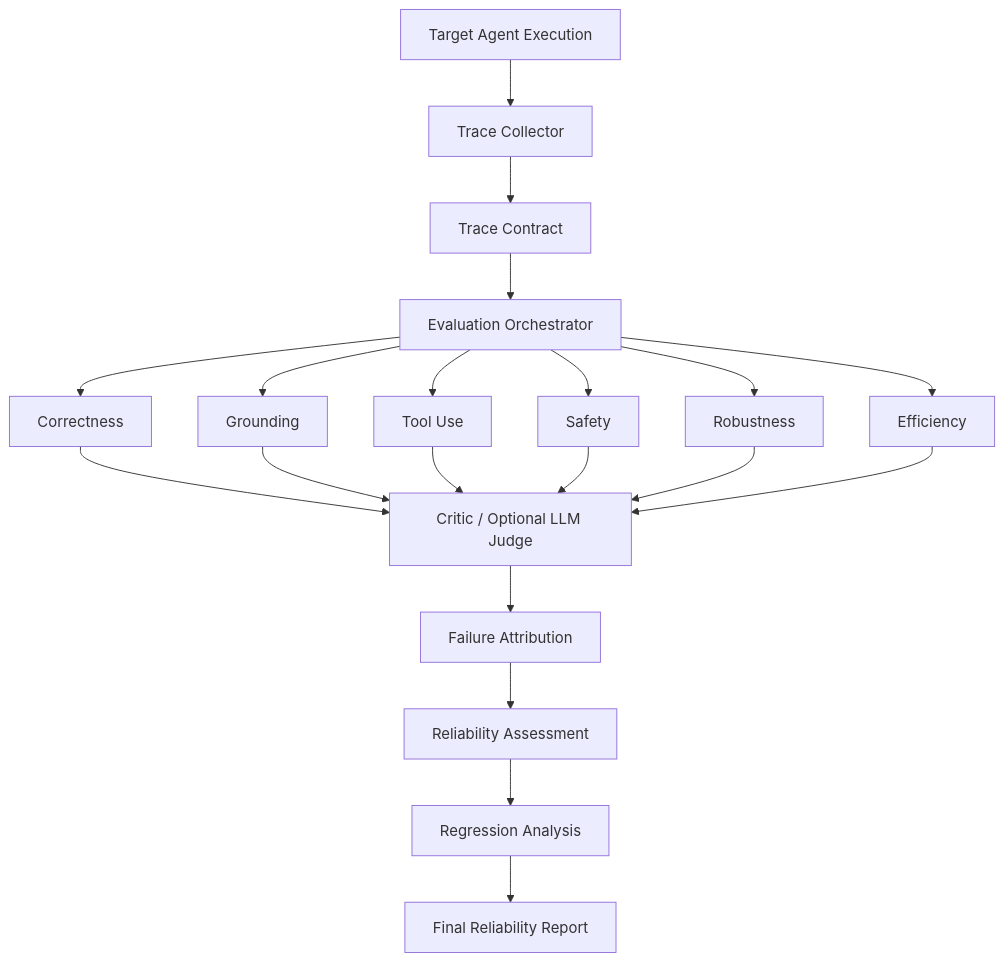
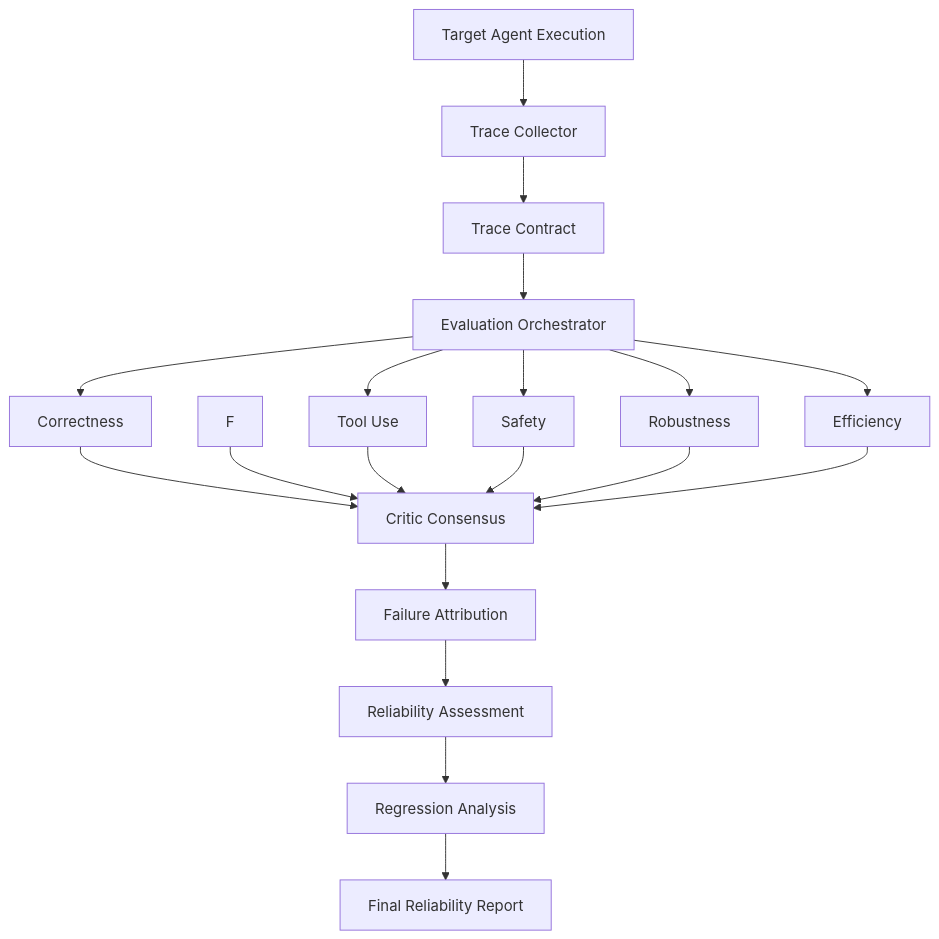
Before and after one commit to IshantXM/AI-Agent-Evaluation-and-Relability-Engine: the diagram in docs/architecture.md, drawn with Mermaid. The commit also changed 14 other files, not shown here.

````diff
--- a/docs/architecture.md
+++ b/docs/architecture.md
@@ -6,22 +6,21 @@
 ```mermaid
 flowchart TD
   A[Target Agent Execution] --> B[Trace Collector]
   B --> C[Trace Contract]
   C --> D[Evaluation Orchestrator]
   D --> E[Correctness]
-  D --> F[Grounding]
   D --> G[Tool Use]
   D --> H[Safety]
   D --> I[Robustness]
   D --> J[Efficiency]
-  E --> K[Critic / Optional LLM Judge]
+  E --> K[Critic Consensus]
   F --> K
   G --> K
   H --> K
   I --> K
   J --> K
   K --> L[Failure Attribution]
   L --> M[Reliability Assessment]
   M --> N[Regression Analysis]
   N --> O[Final Reliability Report]
 ```
````
